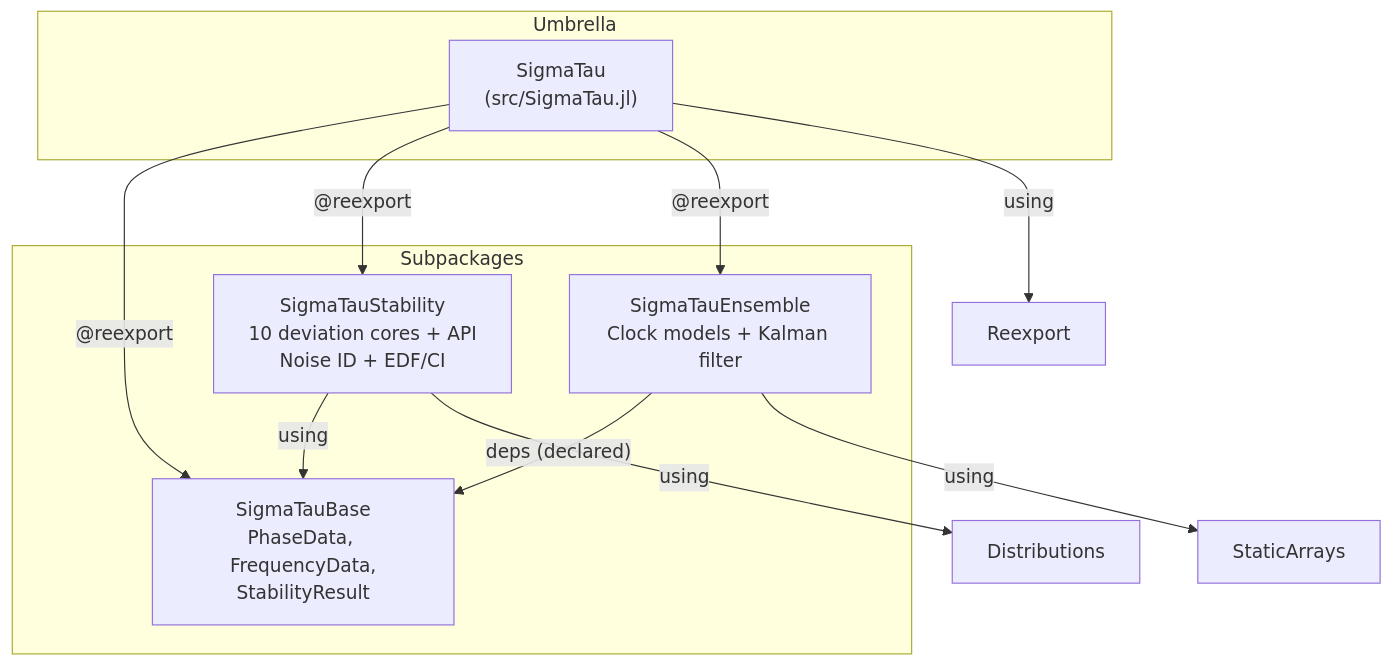
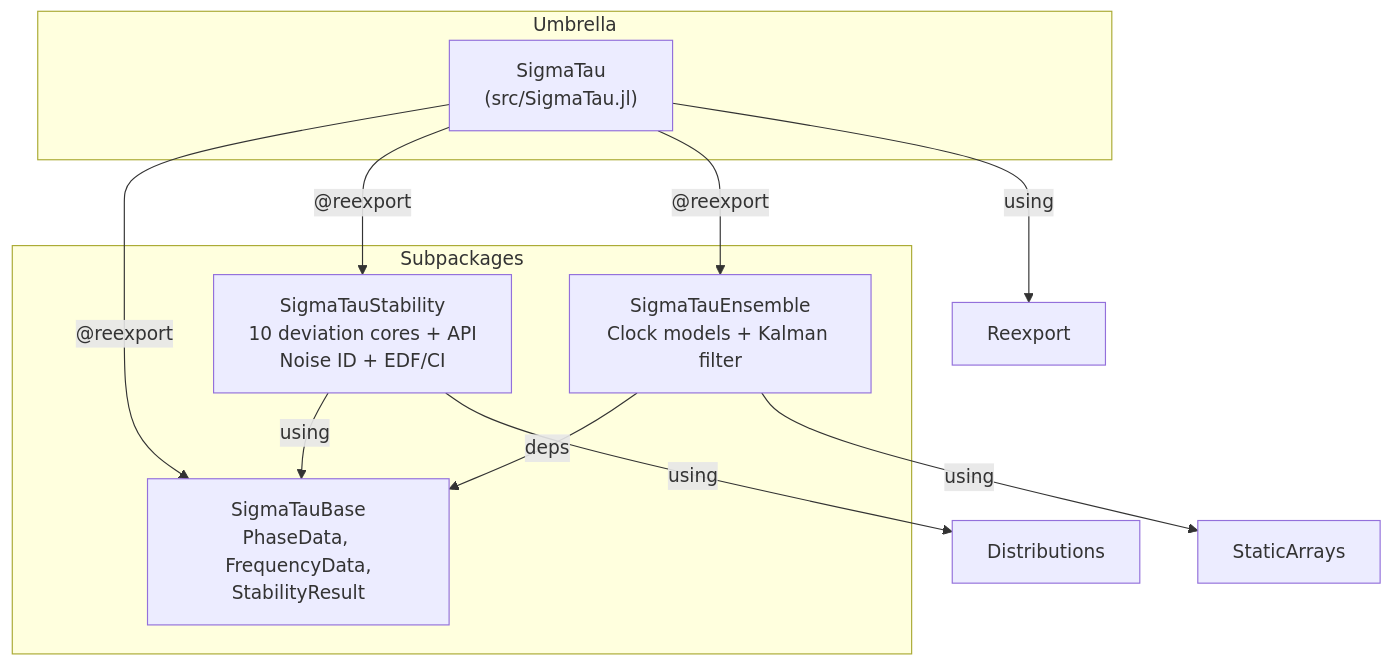
The diagram in project_overview.md (ianlap/SigmaTau.jl), drawn with Mermaid before and after one commit. The commit also changed other lines of this file and 4 other files, not shown here.

````diff
--- a/project_overview.md
+++ b/project_overview.md
@@ -10,21 +10,21 @@
 ```mermaid
 graph TD
     subgraph "Umbrella"
         ST["SigmaTau<br/>(src/SigmaTau.jl)"]
     end
 
     subgraph "Subpackages"
         STB["SigmaTauBase<br/>PhaseData, FrequencyData,<br/>StabilityResult"]
         STS["SigmaTauStability<br/>10 deviation cores + API<br/>Noise ID + EDF/CI"]
         STE["SigmaTauEnsemble<br/>Clock models + Kalman filter"]
     end
 
     ST -->|"@reexport"| STB
     ST -->|"@reexport"| STS
     ST -->|"@reexport"| STE
     STS -->|"using"| STB
-    STE -->|"deps (declared)"| STB
+    STE -->|"deps"| STB
     STE -->|"using"| StaticArrays
     STS -->|"using"| Distributions
     ST -->|"using"| Reexport
 ```
````
